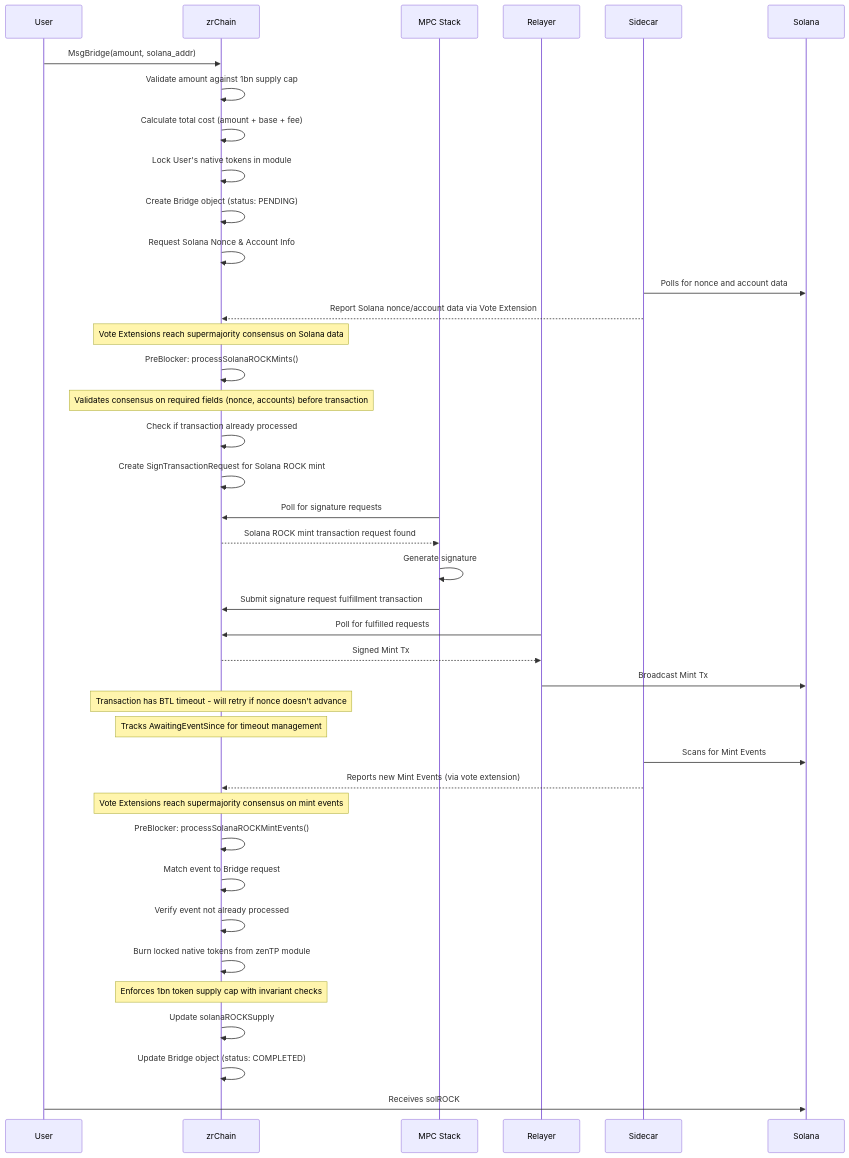
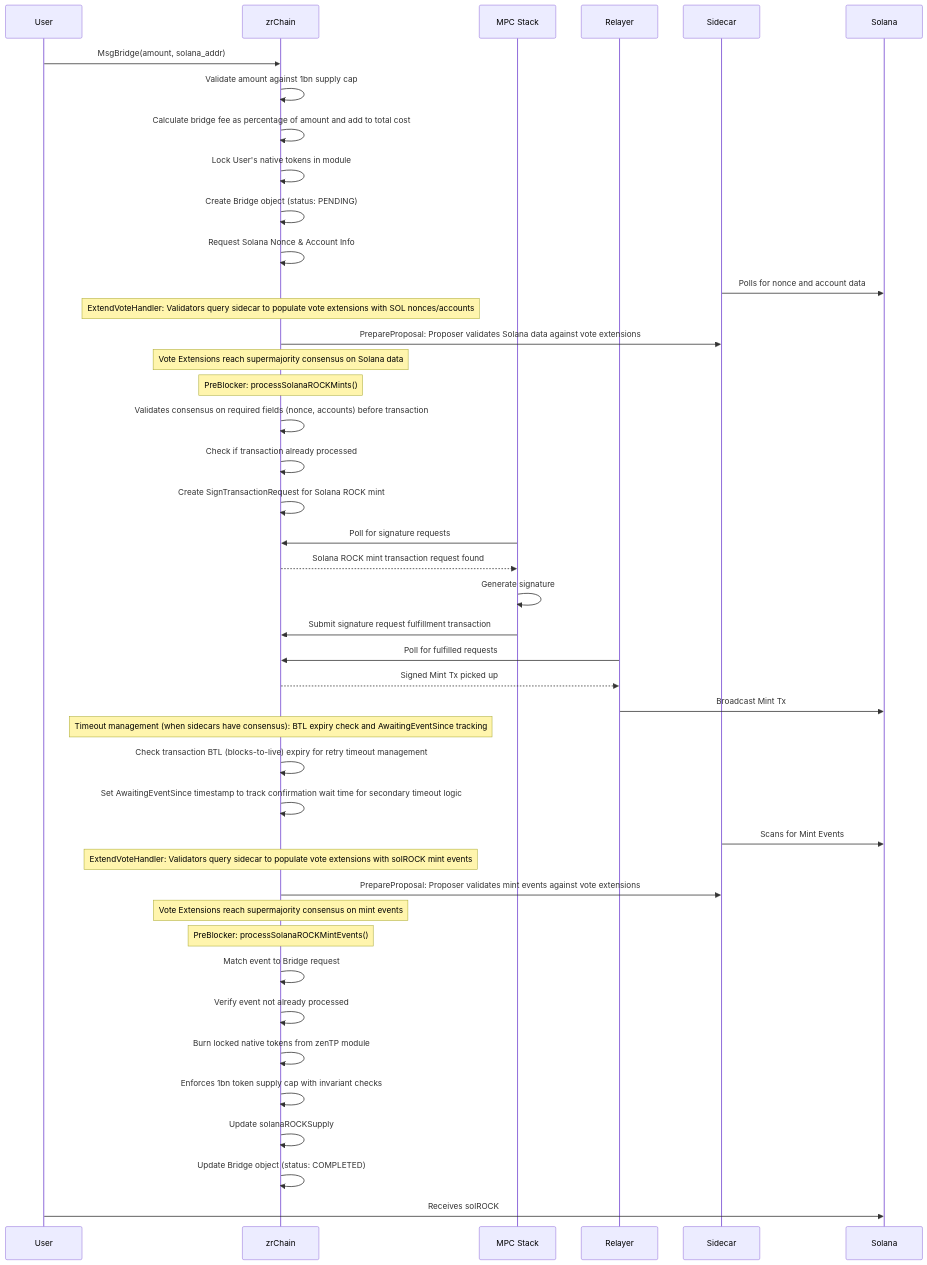
One commit to zenrocklabs/zrchain changed the third of 4 diagrams in docs/README.md. Above: the diagram before and after it, drawn with Mermaid. The commit also changed other lines of this file and 3 other files, not shown here.

````diff
--- a/docs/README.md
+++ b/docs/README.md
@@ -271,45 +284,48 @@
 ```mermaid
 sequenceDiagram
     participant User
     participant zrChain
     participant MPC Stack
     participant Relayer
     participant Sidecar
     participant Solana
 
     User->>zrChain: MsgBridge(amount, solana_addr)
     zrChain->>zrChain: Validate amount against 1bn supply cap
-    zrChain->>zrChain: Calculate total cost (amount + base + fee)
+    zrChain->>zrChain: Calculate bridge fee as percentage of amount and add to total cost
     zrChain->>zrChain: Lock User's native tokens in module
     zrChain->>zrChain: Create Bridge object (status: PENDING)
     zrChain->>zrChain: Request Solana Nonce & Account Info
 
     Sidecar->>Solana: Polls for nonce and account data
-    Sidecar-->>zrChain: Report Solana nonce/account data via Vote Extension
+    Note over zrChain: ExtendVoteHandler: Validators query sidecar to populate vote extensions with SOL nonces/accounts
+    zrChain->>Sidecar: PrepareProposal: Proposer validates Solana data against vote extensions
     Note over zrChain: Vote Extensions reach supermajority consensus on Solana data
-    zrChain->>zrChain: PreBlocker: processSolanaROCKMints()
-    Note over zrChain: Validates consensus on required fields (nonce, accounts) before transaction
+    Note over zrChain: PreBlocker: processSolanaROCKMints()
+    zrChain->>zrChain: Validates consensus on required fields (nonce, accounts) before transaction
     zrChain->>zrChain: Check if transaction already processed
     zrChain->>zrChain: Create SignTransactionRequest for Solana ROCK mint
     MPC Stack->>zrChain: Poll for signature requests
     zrChain-->>MPC Stack: Solana ROCK mint transaction request found
     MPC Stack->>MPC Stack: Generate signature
     MPC Stack->>zrChain: Submit signature request fulfillment transaction
     Relayer->>zrChain: Poll for fulfilled requests
-    zrChain-->>Relayer: Signed Mint Tx
+    zrChain-->>Relayer: Signed Mint Tx picked up
     Relayer->>Solana: Broadcast Mint Tx
-    Note over zrChain: Transaction has BTL timeout - will retry if nonce doesn't advance
-    Note over zrChain: Tracks AwaitingEventSince for timeout management
+    Note over zrChain: Timeout management (when sidecars have consensus): BTL expiry check and AwaitingEventSince tracking
+    zrChain->>zrChain: Check transaction BTL (blocks-to-live) expiry for retry timeout management
+    zrChain->>zrChain: Set AwaitingEventSince timestamp to track confirmation wait time for secondary timeout logic
 
     Sidecar->>Solana: Scans for Mint Events
-    Sidecar-->>zrChain: Reports new Mint Events (via vote extension)
+    Note over zrChain: ExtendVoteHandler: Validators query sidecar to populate vote extensions with solROCK mint events
+    zrChain->>Sidecar: PrepareProposal: Proposer validates mint events against vote extensions
     Note over zrChain: Vote Extensions reach supermajority consensus on mint events
-    zrChain->>zrChain: PreBlocker: processSolanaROCKMintEvents()
+    Note over zrChain: PreBlocker: processSolanaROCKMintEvents()
     zrChain->>zrChain: Match event to Bridge request
     zrChain->>zrChain: Verify event not already processed
     zrChain->>zrChain: Burn locked native tokens from zenTP module
-    Note over zrChain: Enforces 1bn token supply cap with invariant checks
+    zrChain->>zrChain: Enforces 1bn token supply cap with invariant checks
     zrChain->>zrChain: Update solanaROCKSupply
     zrChain->>zrChain: Update Bridge object (status: COMPLETED)
     User->>Solana: Receives solROCK
 ```
````
